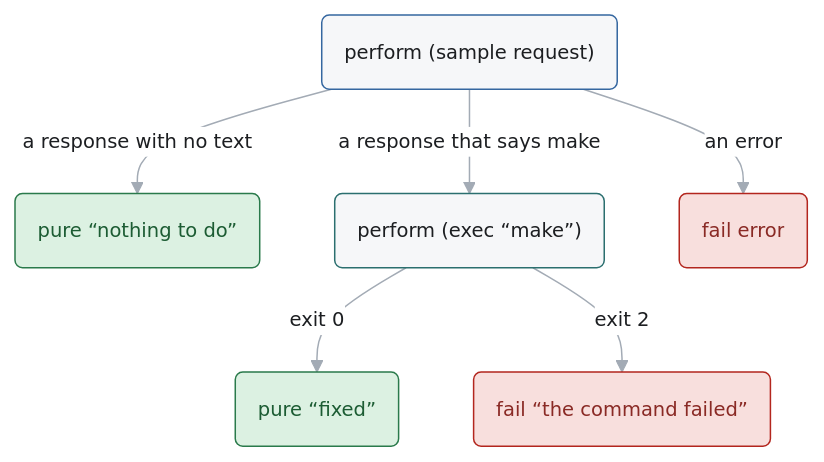
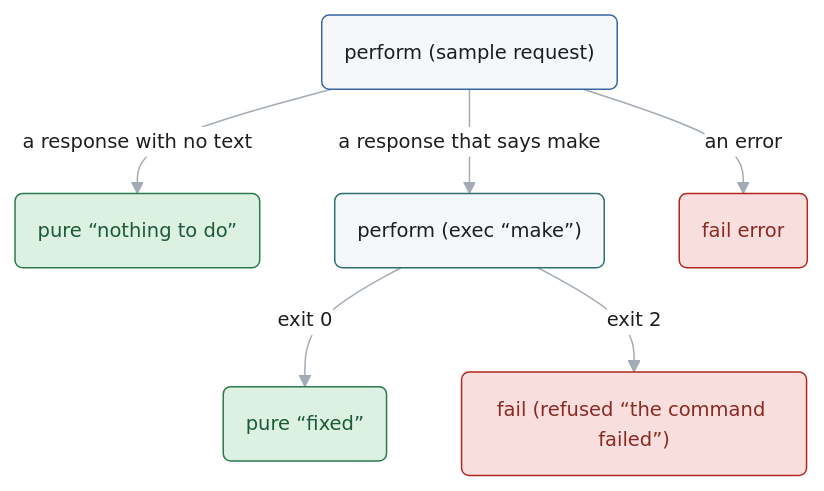
Before and after one commit to pku-xht/alaya: the second of 5 diagrams in docs/language.md, drawn with Mermaid. The commit also changed other lines of this file and 32 other files, not shown here.

First line of the commit message:
Give failures three kinds: refused, defect and broken

````diff
--- a/docs/language.md
+++ b/docs/language.md
@@ -77,16 +77,16 @@
 ```mermaid
 %%{init: {"theme": "base", "themeVariables": {"fontFamily": "BlinkMacSystemFont, Segoe UI, Helvetica, Arial", "fontSize": "13px", "primaryColor": "#f6f7f9", "primaryTextColor": "#1c1e21", "primaryBorderColor": "#d3d9e0", "lineColor": "#a3abb5", "textColor": "#6f7985", "edgeLabelBackground": "#ffffff", "clusterBkg": "#fafbfc", "clusterBorder": "#e3e6ea"}}}%%
 flowchart TD
   classDef sample stroke:#3567a0
   classDef exec stroke:#2b6f6f
   classDef ok fill:#dcf1e2,stroke:#2a7a4b,color:#1c5c33
   classDef bad fill:#f8dfdd,stroke:#b3261e,color:#8a2a25
 
   asked("perform (sample request)"):::sample
   asked -- "a response with no text" --> nothing("pure “nothing to do”"):::ok
   asked -- "a response that says make" --> ran("perform (exec “make”)"):::exec
   asked -- "an error" --> errored("fail error"):::bad
   ran -- "exit 0" --> fixed("pure “fixed”"):::ok
-  ran -- "exit 2" --> broken("fail “the command failed”"):::bad
+  ran -- "exit 2" --> broken("fail (refused “the command failed”)"):::bad
   linkStyle default stroke-width:1px
 ```
````
